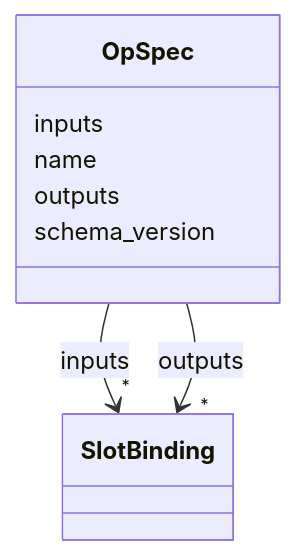
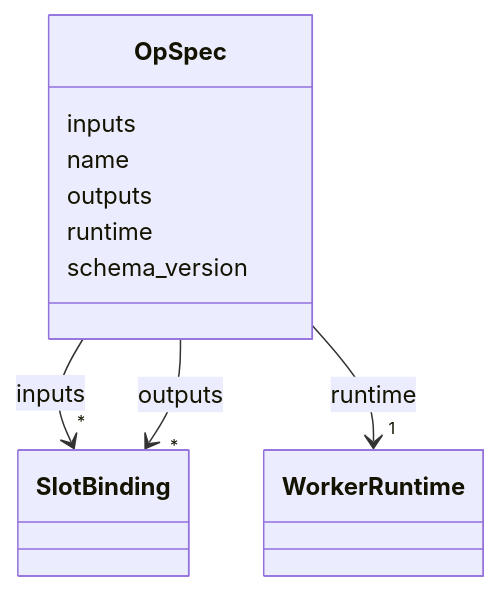
One commit to phzwart/phridge changed the diagram in docs/schema/OpSpec.md. Above: the diagram before and after it, drawn with Mermaid. The commit also changed other lines of this file and 49 other files, not shown here.

First line of the commit message:
Add CCTBX worker runtime, SfCurvatures, and cctbx-facing agentsg wrapper.

````diff
--- a/docs/schema/OpSpec.md
+++ b/docs/schema/OpSpec.md
@@ -18,32 +18,43 @@
 ```mermaid
  classDiagram
     class OpSpec
     click OpSpec href "../OpSpec/"
       OpSpec : inputs
         
           
     
         
         
         OpSpec --> "*" SlotBinding : inputs
         click SlotBinding href "../SlotBinding/"
     
 
         
       OpSpec : name
         
       OpSpec : outputs
         
           
     
         
         
         OpSpec --> "*" SlotBinding : outputs
         click SlotBinding href "../SlotBinding/"
     
 
         
+      OpSpec : runtime
+        
+          
+    
+        
+        
+        OpSpec --> "1" WorkerRuntime : runtime
+        click WorkerRuntime href "../WorkerRuntime/"
+    
+
+        
       OpSpec : schema_version
         
       
 ```
````
